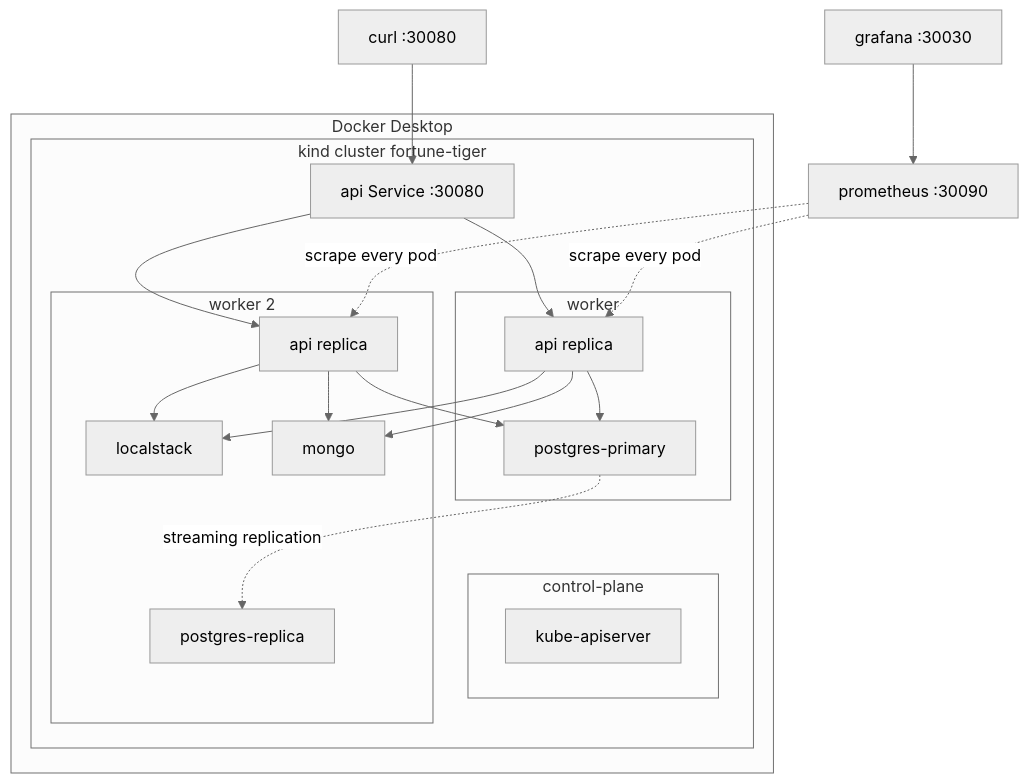
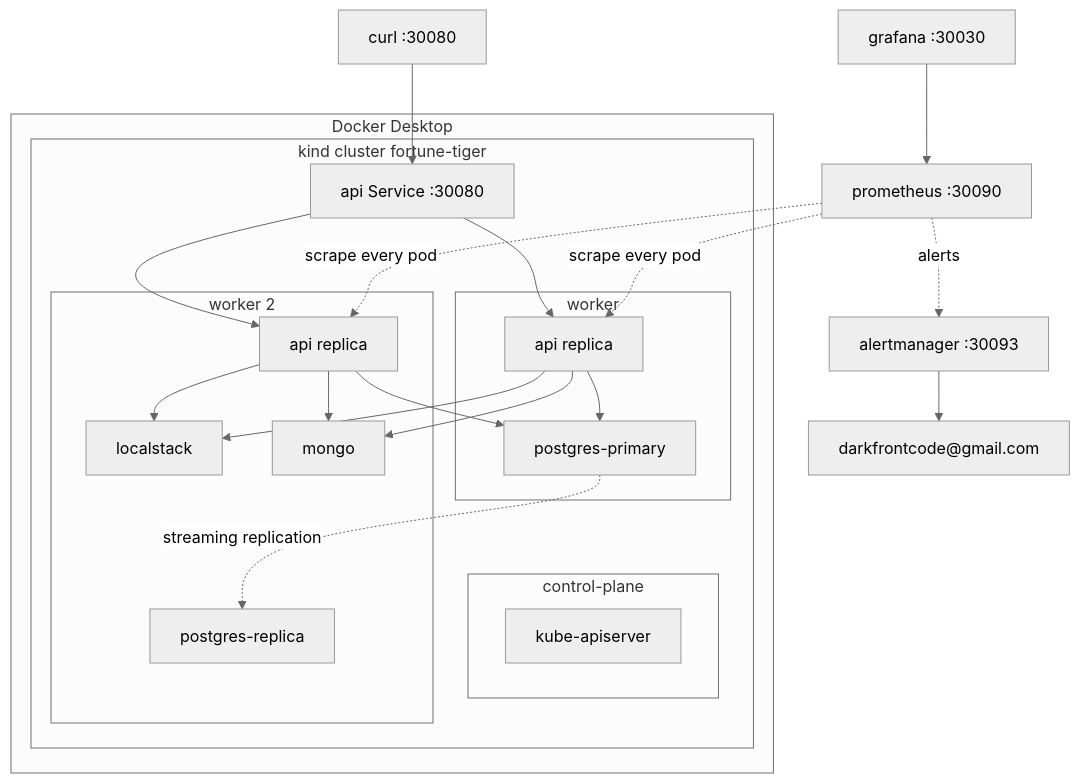
The diagram in docs/kubernetes.md (darkfrontcode/Fortune-Tiger), drawn with Mermaid (neutral theme) before and after one commit. The commit also changed other lines of this file and 23 other files, not shown here.

Commit message:
feat(infrastructure): add alertmanager email alerting

````diff
--- a/docs/kubernetes.md
+++ b/docs/kubernetes.md
@@ -9,34 +9,36 @@
 ```mermaid
 flowchart TB
     subgraph host["Docker Desktop"]
         subgraph cluster["kind cluster fortune-tiger"]
             lb["api Service :30080"]
             subgraph cp["control-plane"]
                 apiServer["kube-apiserver"]
             end
             subgraph w1["worker"]
                 api1["api replica"]
                 pg1["postgres-primary"]
             end
             subgraph w2["worker 2"]
                 api2["api replica"]
                 pg2["postgres-replica"]
                 ls["localstack"]
                 mg["mongo"]
             end
             lb --> api1
             lb --> api2
         end
     end
     client["curl :30080"] --> lb
     api1 --> pg1
     api2 --> pg1
     api1 --> ls
     api2 --> ls
     api1 --> mg
     api2 --> mg
     pg1 -. "streaming replication" .-> pg2
     prom["prometheus :30090"] -. "scrape every pod" .-> api1
     prom -. "scrape every pod" .-> api2
     graf["grafana :30030"] --> prom
+    am["alertmanager :30093"] --> email["darkfrontcode@gmail.com"]
+    prom -. "alerts" .-> am
 ```
````
